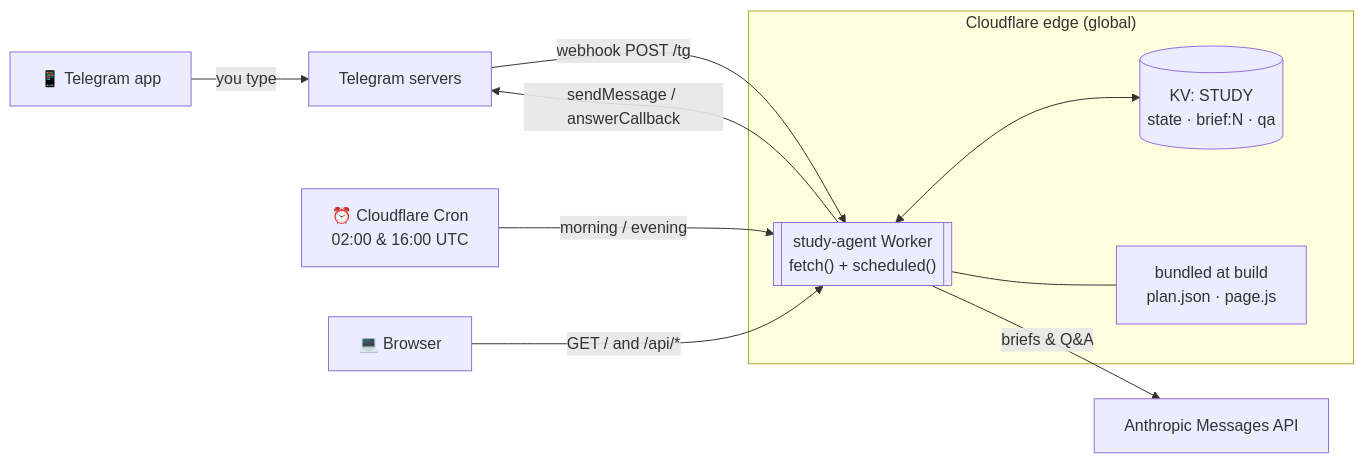
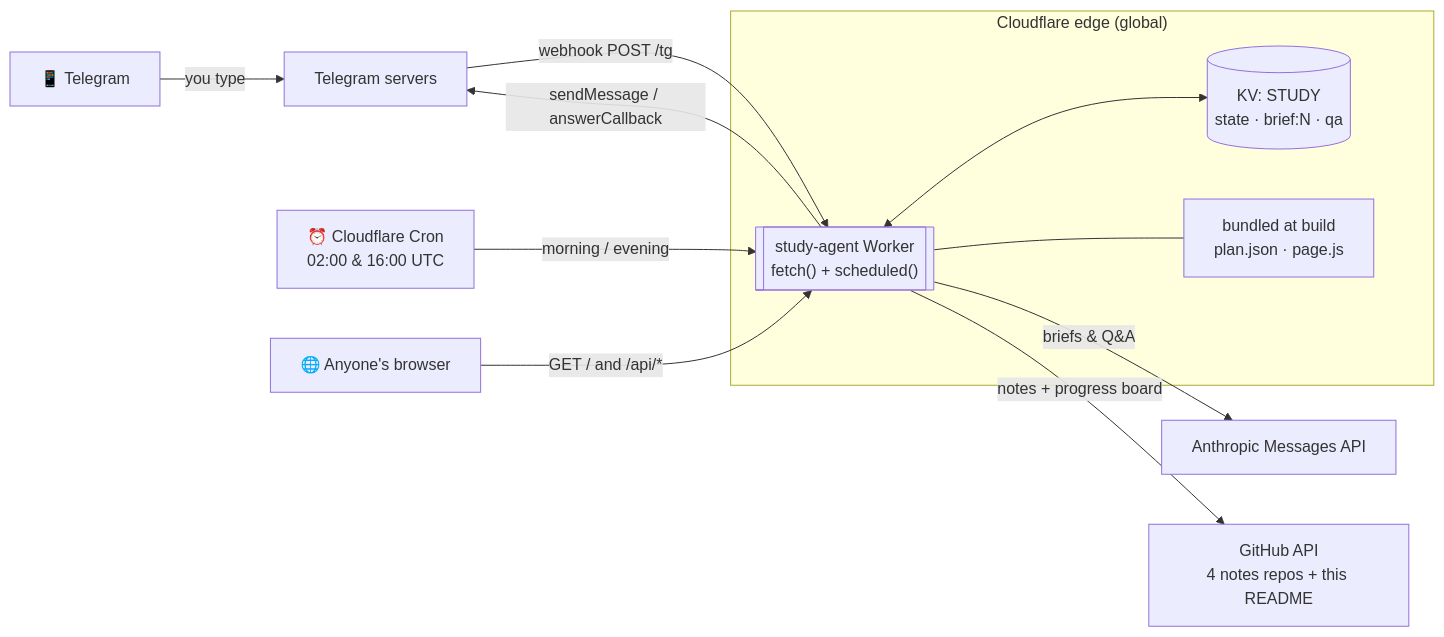
Before and after one commit to astroboy1183/study-agent: the first of 2 diagrams in README.md, drawn with Mermaid. The commit also changed other lines of this file and 1 other file, not shown here.

First line of the commit message:
Comprehensive README + cross-linked notes repos

````diff
--- a/README.md
+++ b/README.md
@@ -131,21 +151,22 @@
 ```mermaid
 flowchart LR
-  phone["📱 Telegram app"] -->|you type| TG["Telegram servers"]
+  phone["📱 Telegram"] -->|you type| TG["Telegram servers"]
   Cron["⏰ Cloudflare Cron<br/>02:00 &amp; 16:00 UTC"]
-  Browser["💻 Browser"]
+  Browser["🌐 Anyone's browser"]
 
   subgraph Edge["Cloudflare edge (global)"]
     W[["study-agent Worker<br/>fetch() + scheduled()"]]
     KV[("KV: STUDY<br/>state · brief:N · qa")]
     Bundle["bundled at build<br/>plan.json · page.js"]
     W <--> KV
     W --- Bundle
   end
 
   TG -->|"webhook POST /tg"| W
   Cron -->|"morning / evening"| W
   Browser -->|"GET / and /api/*"| W
 
   W -->|"briefs &amp; Q&amp;A"| ANT["Anthropic Messages API"]
+  W -->|"notes + progress board"| GH["GitHub API<br/>4 notes repos + this README"]
   W -->|"sendMessage / answerCallback"| TG
 ```
````
